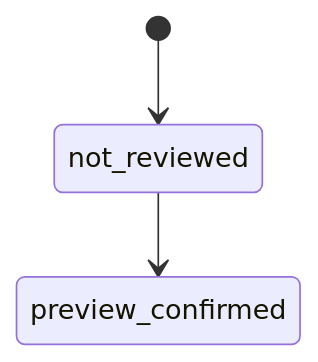
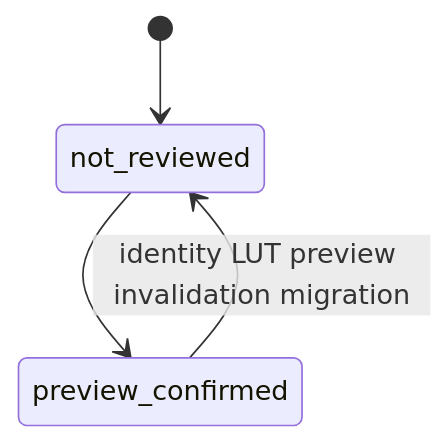
Before and after one commit to oyabu-koji/nas_mini: the fifth of 7 diagrams in docs/functional-design.md, drawn with Mermaid. The commit also changed other lines of this file and 134 other files, not shown here.

Commit message:
feat: add resumable upload and update Apple Log roadmap

````diff
--- a/docs/functional-design.md
+++ b/docs/functional-design.md
@@ -188,5 +212,6 @@
 ```mermaid
 stateDiagram-v2
     [*] --> not_reviewed
     not_reviewed --> preview_confirmed
+    preview_confirmed --> not_reviewed: identity LUT preview invalidation migration
 ```
````
